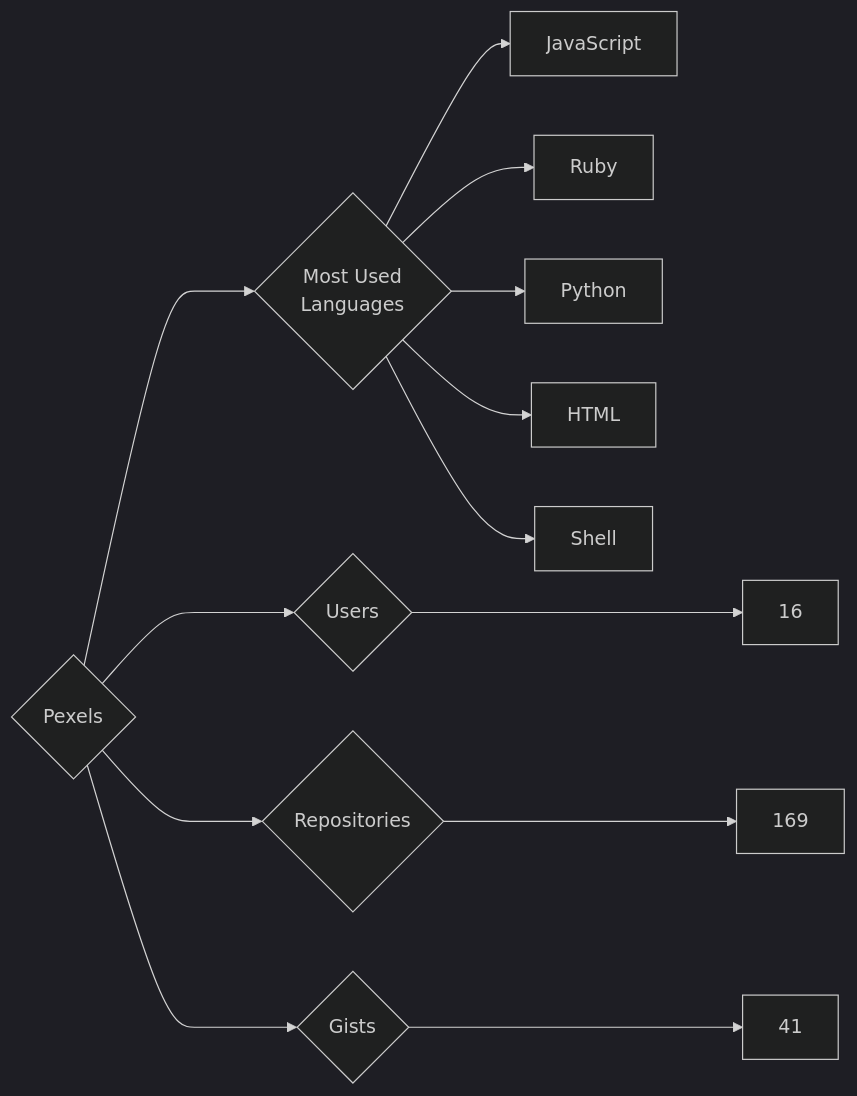
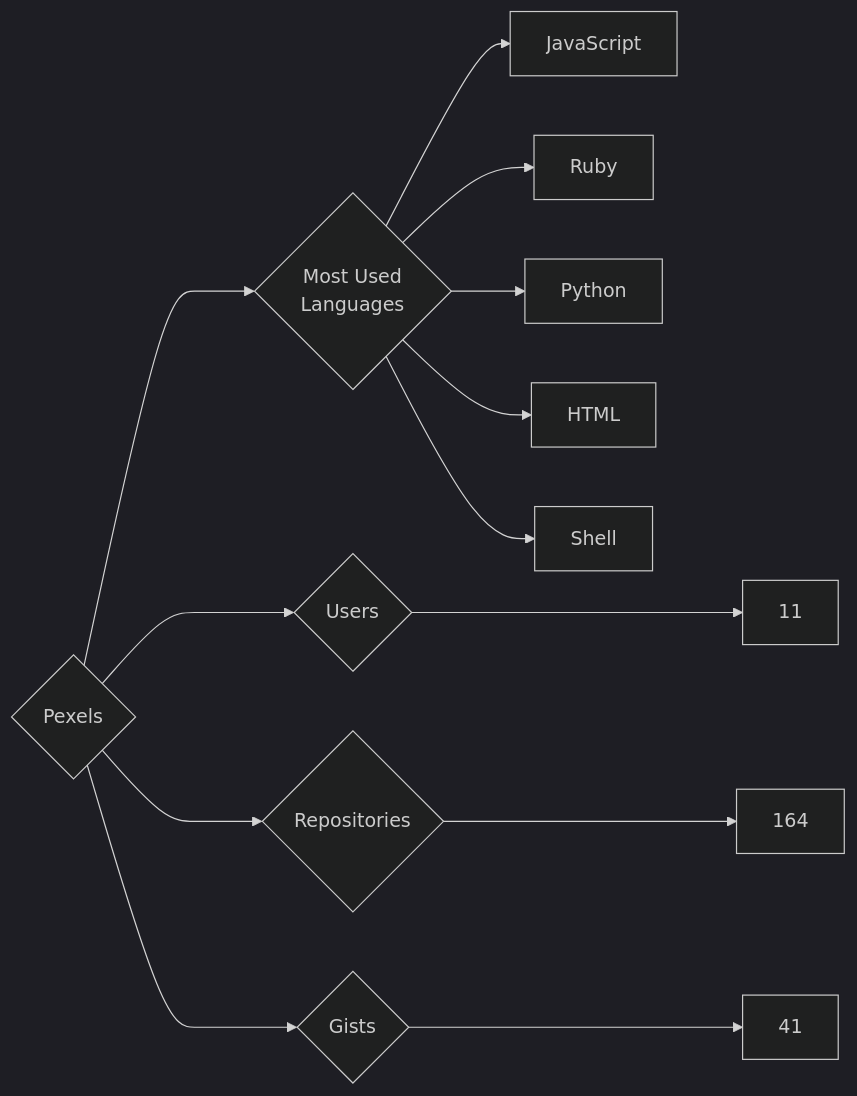
Before and after one commit to trickest/insiders: the diagram in targets/Pexels/README.md, drawn with Mermaid (dark theme). The commit also changed 1248 other files, not shown here.

````diff
--- a/targets/Pexels/README.md
+++ b/targets/Pexels/README.md
@@ -3,13 +3,13 @@
 ```mermaid
 graph LR
 COMPANY_NAME{Pexels}
-COMPANY_NAME ---> U{Users} ---> UN[16]
-COMPANY_NAME ---> R{Repositories} ---> RN[169]
+COMPANY_NAME ---> U{Users} ---> UN[11]
+COMPANY_NAME ---> R{Repositories} ---> RN[164]
 COMPANY_NAME ---> G{Gists} ---> GN[41]
 COMPANY_NAME ---> ML{Most Used<br>Languages}
 ML --> JavaScript[JavaScript]
 ML --> Ruby[Ruby]
 ML --> Python[Python]
 ML --> HTML[HTML]
 ML --> Shell[Shell]
 ```
````
